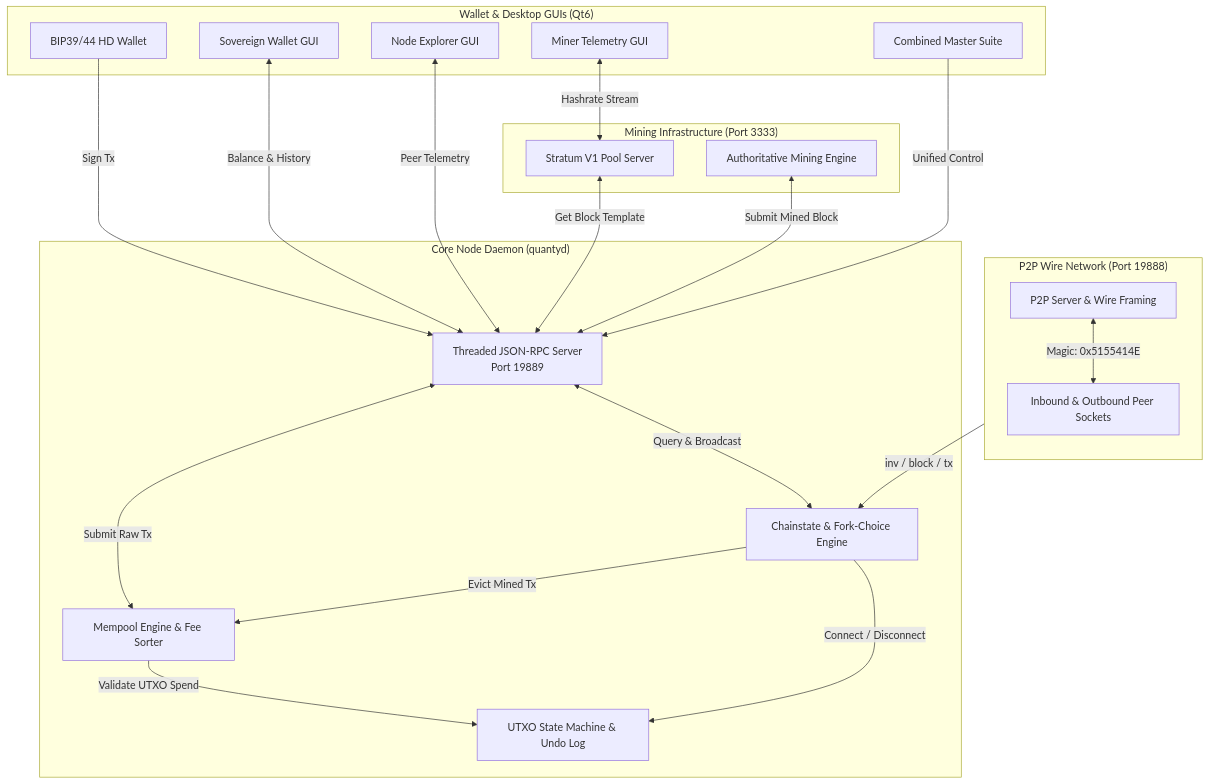
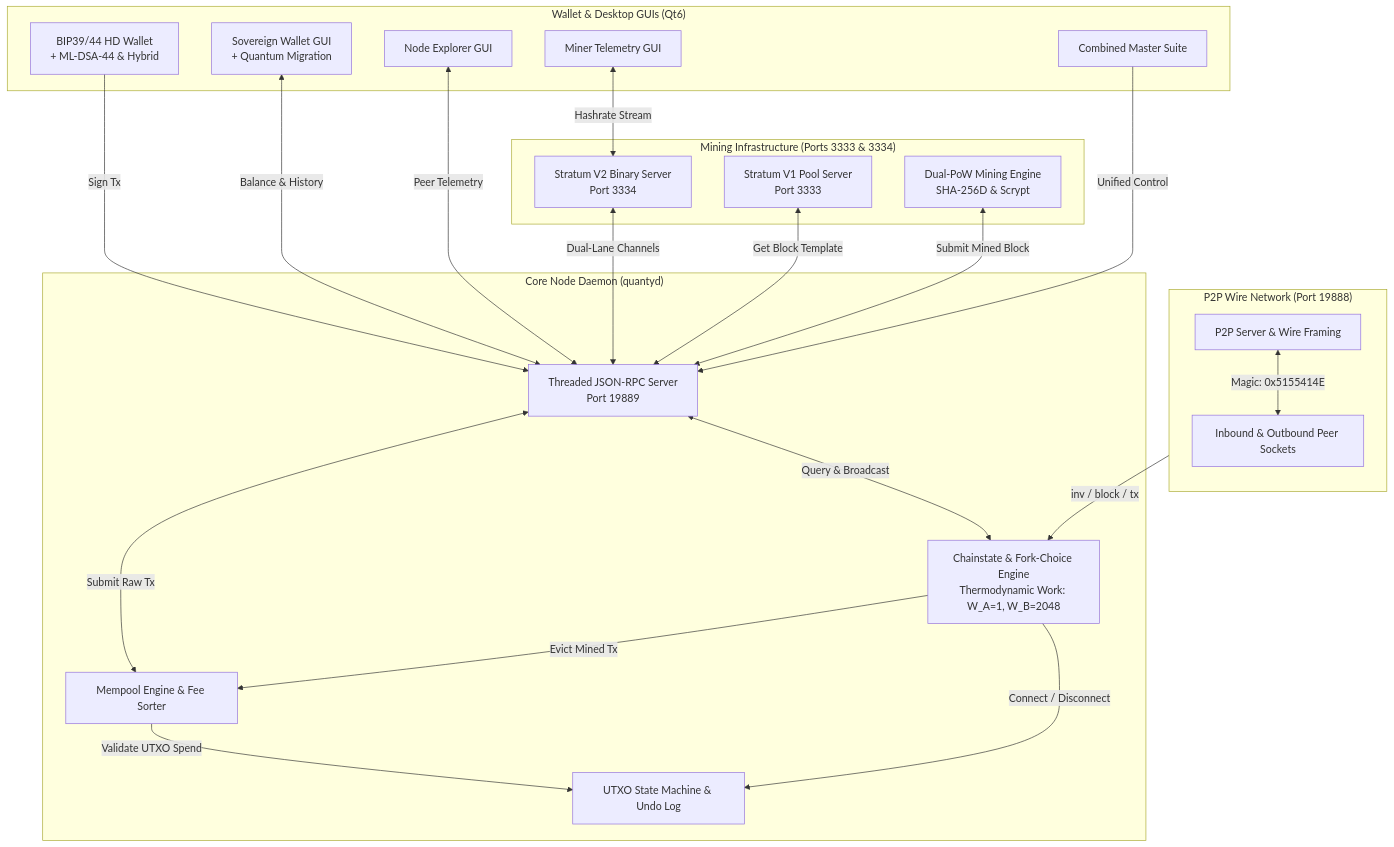
Before and after one commit to timfromhcs/QuantyCoin: the diagram in ARCHITECTURE.md, drawn with Mermaid. The commit also changed other lines of this file and 21 other files, not shown here.

````diff
--- a/ARCHITECTURE.md
+++ b/ARCHITECTURE.md
@@ -13,44 +13,46 @@
 ```mermaid
 graph TB
     subgraph P2P ["P2P Wire Network (Port 19888)"]
         direction TB
         MGR[P2P Server & Wire Framing]
         PEERS[Inbound & Outbound Peer Sockets]
         MGR <-->|Magic: 0x5155414E| PEERS
     end
 
     subgraph CORE ["Core Node Daemon (quantyd)"]
-        CS[Chainstate & Fork-Choice Engine]
+        CS[Chainstate & Fork-Choice Engine\nThermodynamic Work: W_A=1, W_B=2048]
         UTXO[UTXO State Machine & Undo Log]
         MEM[Mempool Engine & Fee Sorter]
         RPC[Threaded JSON-RPC Server\nPort 19889]
 
         MGR -->|inv / block / tx| CS
         CS -->|Connect / Disconnect| UTXO
         MEM -->|Validate UTXO Spend| UTXO
         CS -->|Evict Mined Tx| MEM
         RPC <-->|Query & Broadcast| CS
         RPC <-->|Submit Raw Tx| MEM
     end
 
-    subgraph MINING ["Mining Infrastructure (Port 3333)"]
-        STRATUM[Stratum V1 Pool Server]
-        ENG[Authoritative Mining Engine]
-        STRATUM <-->|Get Block Template| RPC
+    subgraph MINING ["Mining Infrastructure (Ports 3333 & 3334)"]
+        SV2[Stratum V2 Binary Server\nPort 3334]
+        SV1[Stratum V1 Pool Server\nPort 3333]
+        ENG[Dual-PoW Mining Engine\nSHA-256D & Scrypt]
+        SV2 <-->|Dual-Lane Channels| RPC
+        SV1 <-->|Get Block Template| RPC
         ENG <-->|Submit Mined Block| RPC
     end
 
     subgraph WALLET ["Wallet & Desktop GUIs (Qt6)"]
-        HD[BIP39/44 HD Wallet]
-        GUI_W[Sovereign Wallet GUI]
+        HD[BIP39/44 HD Wallet\n+ ML-DSA-44 & Hybrid]
+        GUI_W[Sovereign Wallet GUI\n+ Quantum Migration]
         GUI_N[Node Explorer GUI]
         GUI_M[Miner Telemetry GUI]
         GUI_S[Combined Master Suite]
 
         HD -->|Sign Tx| RPC
         GUI_W <-->|Balance & History| RPC
         GUI_N <-->|Peer Telemetry| RPC
-        GUI_M <-->|Hashrate Stream| STRATUM
+        GUI_M <-->|Hashrate Stream| SV2
         GUI_S -->|Unified Control| RPC
     end
 ```
````
